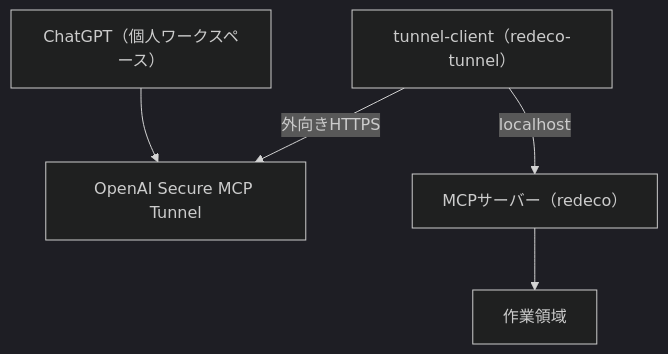
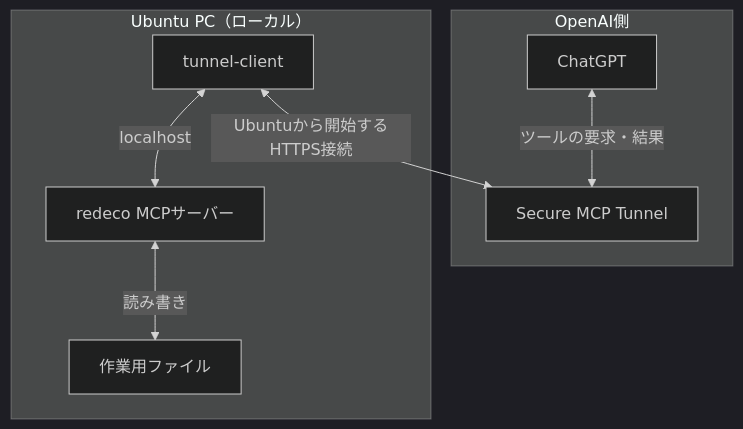
The diagram in README.md (kkoch5t2/redeco), drawn with Mermaid (dark theme) before and after one commit. The commit also changed other lines of this file, not shown here.

Commit message:
Clarify tool description and system boundaries

````diff
--- a/README.md
+++ b/README.md
@@ -7,7 +7,16 @@
 ```mermaid
 flowchart TB
-    A["ChatGPT（個人ワークスペース）"] --> B["OpenAI Secure MCP Tunnel"]
-    C["tunnel-client（redeco-tunnel）"] -->|"外向きHTTPS"| B
-    C -->|"localhost"| D["MCPサーバー（redeco）"]
-    D --> E["作業領域"]
+    subgraph cloud["OpenAI側"]
+        chat["ChatGPT"]
+        tunnel["Secure MCP Tunnel"]
+        chat <-->|"ツールの要求・結果"| tunnel
+    end
+    subgraph local["Ubuntu PC（ローカル）"]
+        client["tunnel-client"]
+        mcp["redeco MCPサーバー"]
+        files["作業用ファイル"]
+        client <-->|"localhost"| mcp
+        mcp <-->|"読み書き"| files
+    end
+    client <-->|"Ubuntuから開始するHTTPS接続"| tunnel
 ```
````
